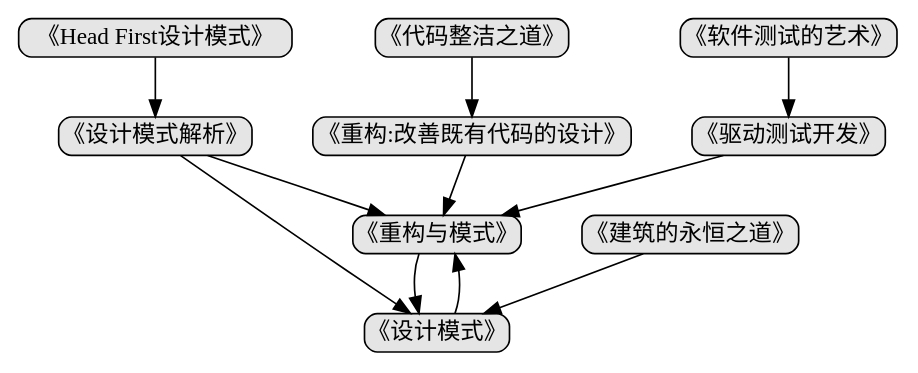
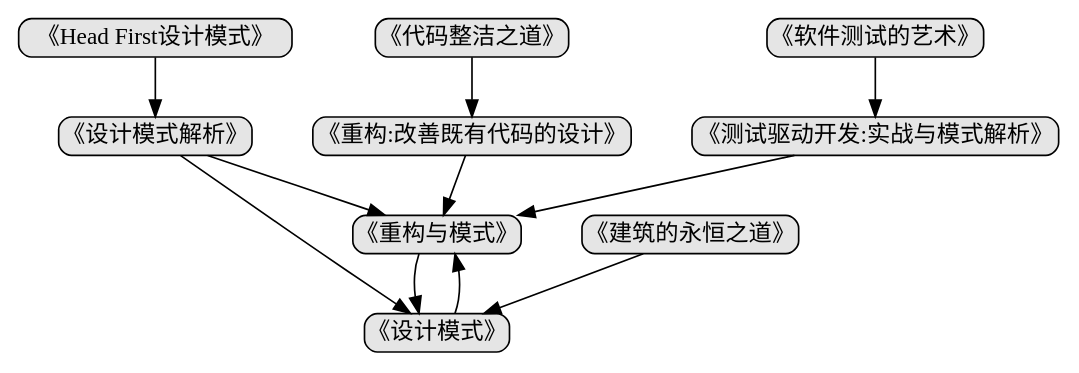
One commit to phodal/developer changed the diagram in dot/grow.dot. Above: the diagram before and after it, drawn with Graphviz. The commit also changed 2 other files, not shown here.

```diff
--- a/dot/grow.dot
+++ b/dot/grow.dot
@@ -1,15 +1,14 @@
 digraph tree
 {
     nodesep=0.5;
     charset="UTF-8";
     fixedsize=true;
     node [style="rounded,filled", width=0, height=0, shape=box, fillcolor="#E5E5E5", concentrate=true]
 
-    "《软件测试的艺术》" -> "《驱动测试开发》"
-    "《驱动测试开发》" -> "《重构与模式》"
+    "《软件测试的艺术》" -> "《测试驱动开发:实战与模式解析》" ->"《重构与模式》"
     "《代码整洁之道》" -> "《重构:改善既有代码的设计》" 
     "《重构:改善既有代码的设计》" -> "《重构与模式》"
     "《Head First设计模式》" -> "《设计模式解析》" -> "《重构与模式》" -> "《设计模式》" 
     "《设计模式解析》" -> "《设计模式》" -> "《重构与模式》" 
     "《建筑的永恒之道》" -> "《设计模式》" 
 }
```
